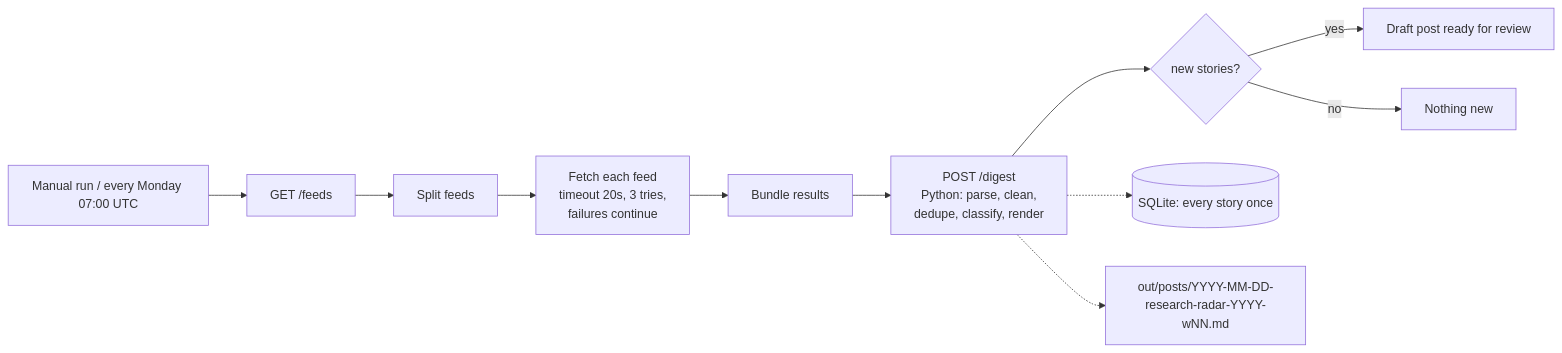
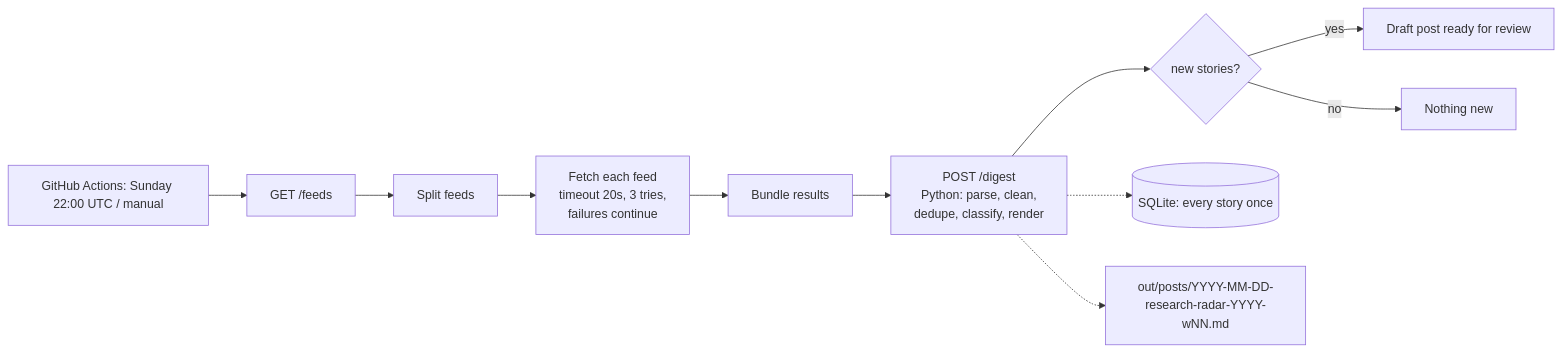
Before and after one commit to dragon28/research-radar: the diagram in README.md, drawn with Mermaid. The commit also changed other lines of this file, not shown here.

Commit message:
README: n8n runs on GitHub Actions; local run is optional dev only

````diff
--- a/README.md
+++ b/README.md
@@ -13,13 +24,13 @@
 ```mermaid
 flowchart LR
-  T[Manual run / every Monday 07:00 UTC] --> L[GET /feeds]
+  T[GitHub Actions: Sunday 22:00 UTC / manual] --> L[GET /feeds]
   L --> S[Split feeds]
   S --> F[Fetch each feed<br/>timeout 20s, 3 tries,<br/>failures continue]
   F --> B[Bundle results]
   B --> D[POST /digest<br/>Python: parse, clean,<br/>dedupe, classify, render]
   D --> I{new stories?}
   I -->|yes| R[Draft post ready for review]
   I -->|no| N[Nothing new]
   D -.-> DB[(SQLite: every story once)]
   D -.-> P[out/posts/YYYY-MM-DD-research-radar-YYYY-wNN.md]
 ```
````
